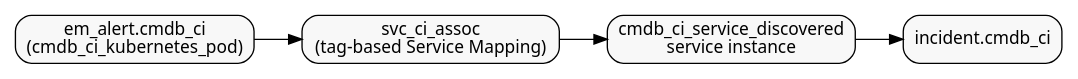
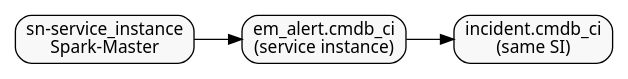
One commit to gxbrooks/spark-observability changed the fourth of 6 diagrams in servicenow/docs/Log_to_Incident/Log_to_Incident.adoc. Above: the diagram before and after it, drawn with Graphviz. The commit also changed other lines of this file and 45 other files, not shown here.

```diff
--- a/servicenow/docs/Log_to_Incident/Log_to_Incident.adoc
+++ b/servicenow/docs/Log_to_Incident/Log_to_Incident.adoc
@@ -1696,15 +2425,14 @@
 [graphviz, Incident_Application_Service_correlation_Service_Side]
 ----
 digraph incident_correlation {
   graph [rankdir=LR splines=true nodesep=0.5 fontname="Noto Sans" fontsize=14]
   node [shape=box style="rounded,filled" fillcolor="#f8f8f8" fontname="Noto Sans" fontsize=13]
   edge [fontname="Noto Sans" fontsize=12]
 
-  ALERT [label="em_alert.cmdb_ci\n(cmdb_ci_kubernetes_pod)"]
-  REL [label="svc_ci_assoc\n(tag-based Service Mapping)"]
-  AS [label="cmdb_ci_service_discovered\nservice instance"]
-  INC [label="incident.cmdb_ci"]
+  STAMP [label="sn-service_instance\nSpark-Master"]
+  ALERT [label="em_alert.cmdb_ci\n(service instance)"]
+  INC [label="incident.cmdb_ci\n(same SI)"]
 
-  ALERT -> REL -> AS -> INC
+  STAMP -> ALERT -> INC
 }
 ----
```
